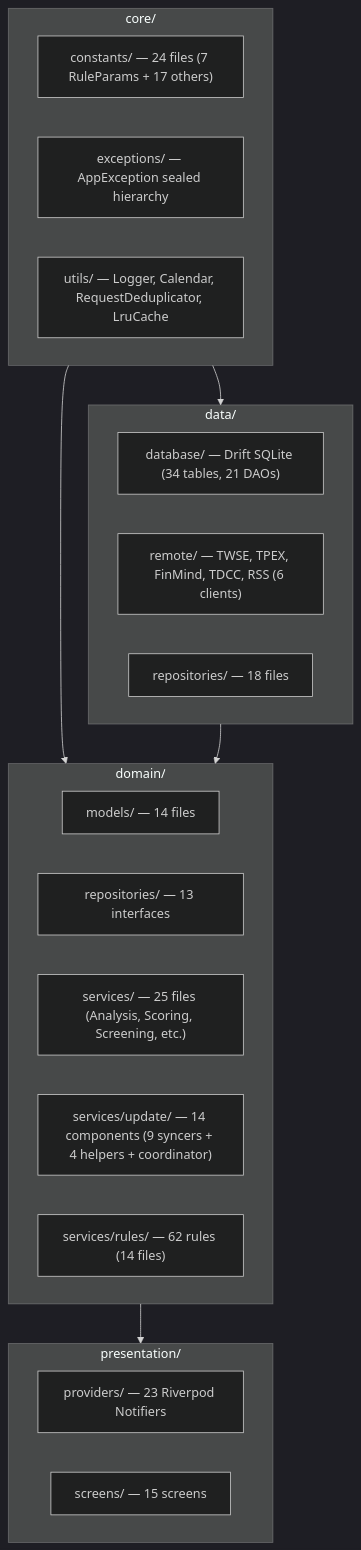
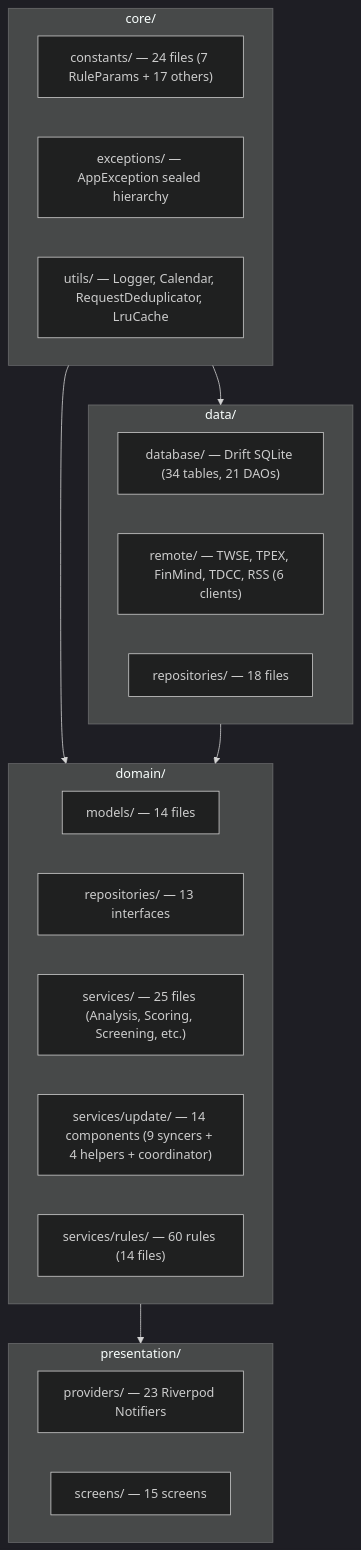
The second of 4 diagrams in CLAUDE.md (Neal75418/afterclose), drawn with Mermaid before and after one commit. The commit also changed other lines of this file and 2 other files, not shown here.

````diff
--- a/CLAUDE.md
+++ b/CLAUDE.md
@@ -55,33 +55,33 @@
 ```mermaid
 %%{init: {'theme': 'dark'}}%%
 flowchart TB
     subgraph Core["core/"]
         Constants["constants/ — 24 files (7 RuleParams + 17 others)"]
         Exceptions["exceptions/ — AppException sealed hierarchy"]
         Utils["utils/ — Logger, Calendar, RequestDeduplicator, LruCache"]
     end
 
     subgraph Data["data/"]
         Database["database/ — Drift SQLite (34 tables, 21 DAOs)"]
         Remote["remote/ — TWSE, TPEX, FinMind, TDCC, RSS (6 clients)"]
         Repos["repositories/ — 18 files"]
     end
 
     subgraph Domain["domain/"]
         Models["models/ — 14 files"]
         RepoIF["repositories/ — 13 interfaces"]
         Services["services/ — 25 files (Analysis, Scoring, Screening, etc.)"]
         Update["services/update/ — 14 components (9 syncers + 4 helpers + coordinator)"]
-        Rules["services/rules/ — 62 rules (14 files)"]
+        Rules["services/rules/ — 60 rules (14 files)"]
     end
 
     subgraph Presentation["presentation/"]
         Providers["providers/ — 23 Riverpod Notifiers"]
         Screens["screens/ — 15 screens"]
     end
 
     Core --> Data
     Core --> Domain
     Data --> Domain
     Domain --> Presentation
 ```
````
